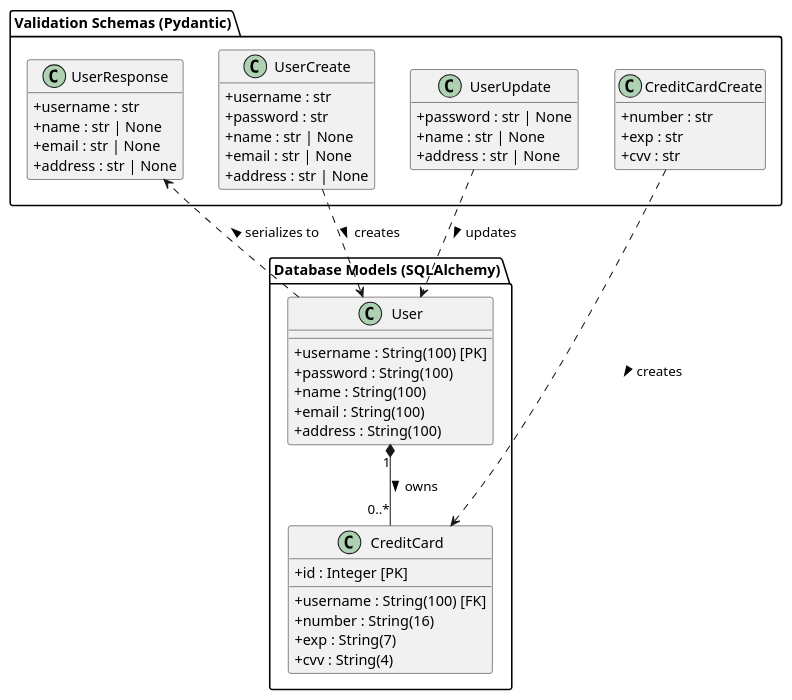
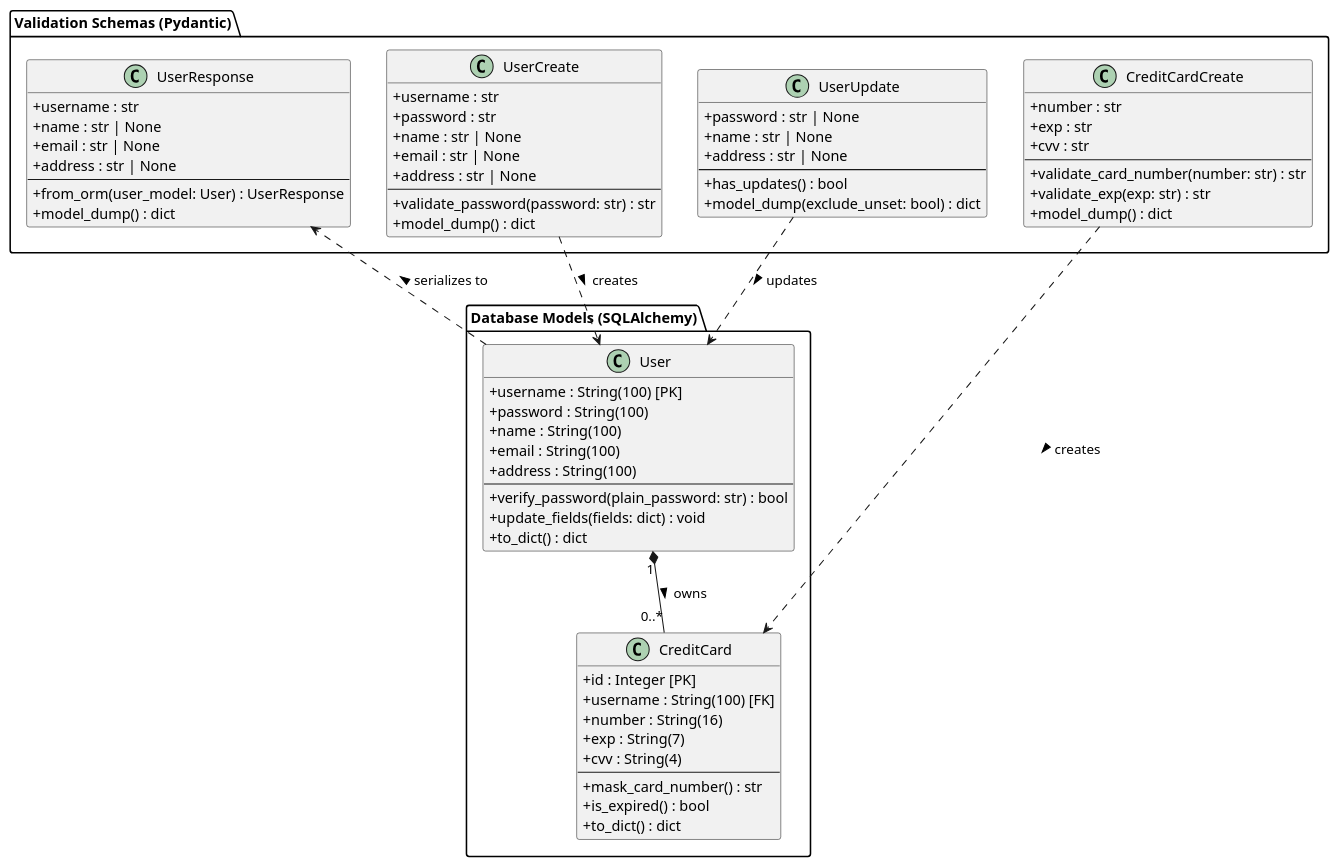
One commit to MrMarquito/cen4010-geektext-api changed the diagram in diagrams/classes_profile-management.puml. Above: the diagram before and after it, drawn with PlantUML. The commit also changed 1 other file, not shown here.

Commit message:
chore: update uml class diagram

```diff
--- a/diagrams/classes_profile-management.puml
+++ b/diagrams/classes_profile-management.puml
@@ -1,60 +1,80 @@
 @startuml
 skinparam classAttributeIconSize 0
-hide empty methods
 
 package "Database Models (SQLAlchemy)" {
     class User {
         +username : String(100) [PK]
         +password : String(100)
         +name : String(100)
         +email : String(100)
         +address : String(100)
+        --
+        +verify_password(plain_password: str) : bool
+        +update_fields(fields: dict) : void
+        +to_dict() : dict
     }
 
     class CreditCard {
         +id : Integer [PK]
         +username : String(100) [FK]
         +number : String(16)
         +exp : String(7)
         +cvv : String(4)
+        --
+        +mask_card_number() : str
+        +is_expired() : bool
+        +to_dict() : dict
     }
 
     User "1" *-- "0..*" CreditCard : owns >
 }
 
 package "Validation Schemas (Pydantic)" {
     class UserCreate {
         +username : str
         +password : str
         +name : str | None
         +email : str | None
         +address : str | None
+        --
+        +validate_password(password: str) : str
+        +model_dump() : dict
     }
 
     class UserUpdate {
         +password : str | None
         +name : str | None
         +address : str | None
+        --
+        +has_updates() : bool
+        +model_dump(exclude_unset: bool) : dict
     }
 
     class UserResponse {
         +username : str
         +name : str | None
         +email : str | None
         +address : str | None
+        --
+        +from_orm(user_model: User) : UserResponse
+        +model_dump() : dict
     }
 
     class CreditCardCreate {
         +number : str
         +exp : str
         +cvv : str
+        --
+        +validate_card_number(number: str) : str
+        +validate_exp(exp: str) : str
+        +model_dump() : dict
     }
 }
 
 ' Conceptual dependencies between API schemas and DB models
 UserCreate ..> User : creates >
 UserUpdate ..> User : updates >
 User ..> UserResponse : serializes to >
 CreditCardCreate ..> CreditCard : creates >
 
 @enduml
```
